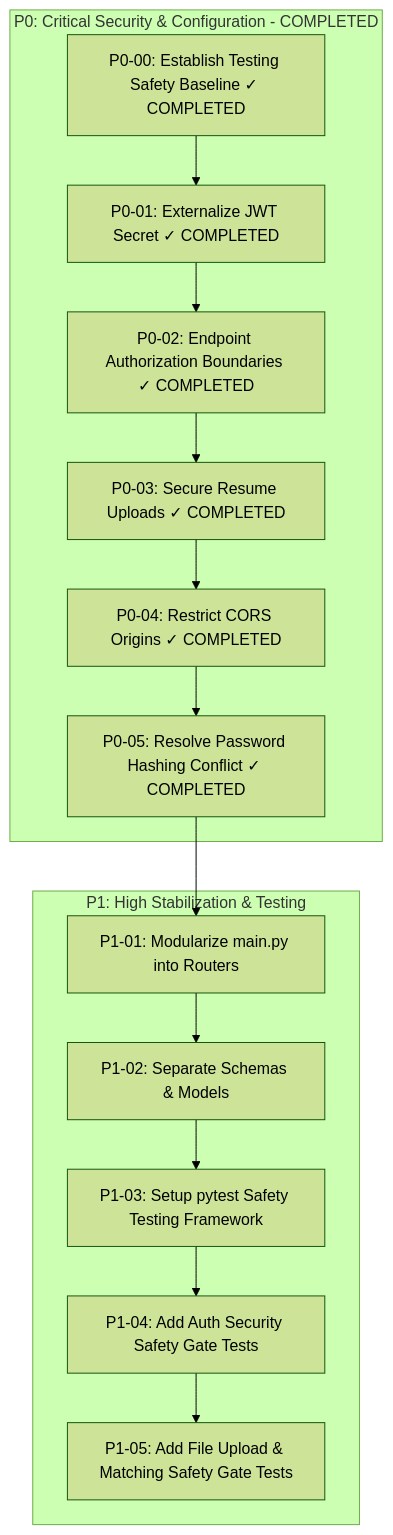
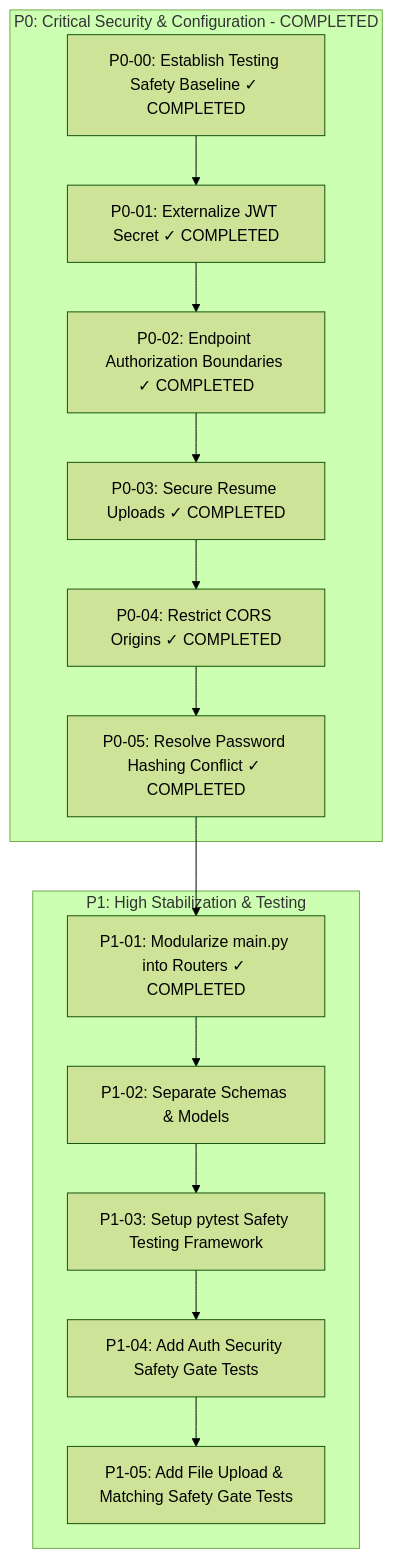
Before and after one commit to AlvinMutie/Job-seer: the diagram in docs/ROADMAP.md, drawn with Mermaid (forest theme). The commit also changed other lines of this file and 11 other files, not shown here.

Commit message:
refactor: modularize API endpoints by extracting business logic into dedicated routers

````diff
--- a/docs/ROADMAP.md
+++ b/docs/ROADMAP.md
@@ -9,21 +9,21 @@
 ```mermaid
 flowchart TD
     subgraph P0 [P0: Critical Security & Configuration - COMPLETED]
         P0-00[P0-00: Establish Testing Safety Baseline ✓ COMPLETED]
         P0-01[P0-01: Externalize JWT Secret ✓ COMPLETED]
         P0-02[P0-02: Endpoint Authorization Boundaries ✓ COMPLETED]
         P0-03[P0-03: Secure Resume Uploads ✓ COMPLETED]
         P0-04[P0-04: Restrict CORS Origins ✓ COMPLETED]
         P0-05[P0-05: Resolve Password Hashing Conflict ✓ COMPLETED]
     end
 
     subgraph P1 [P1: High Stabilization & Testing]
-        P1-01[P1-01: Modularize main.py into Routers]
+        P1-01[P1-01: Modularize main.py into Routers ✓ COMPLETED]
         P1-02[P1-02: Separate Schemas & Models]
         P1-03[P1-03: Setup pytest Safety Testing Framework]
         P1-04[P1-04: Add Auth Security Safety Gate Tests]
         P1-05[P1-05: Add File Upload & Matching Safety Gate Tests]
     end
 
     P0-00 --> P0-01 --> P0-02 --> P0-03 --> P0-04 --> P0-05 --> P1-01 --> P1-02 --> P1-03 --> P1-04 --> P1-05
 ```
````
